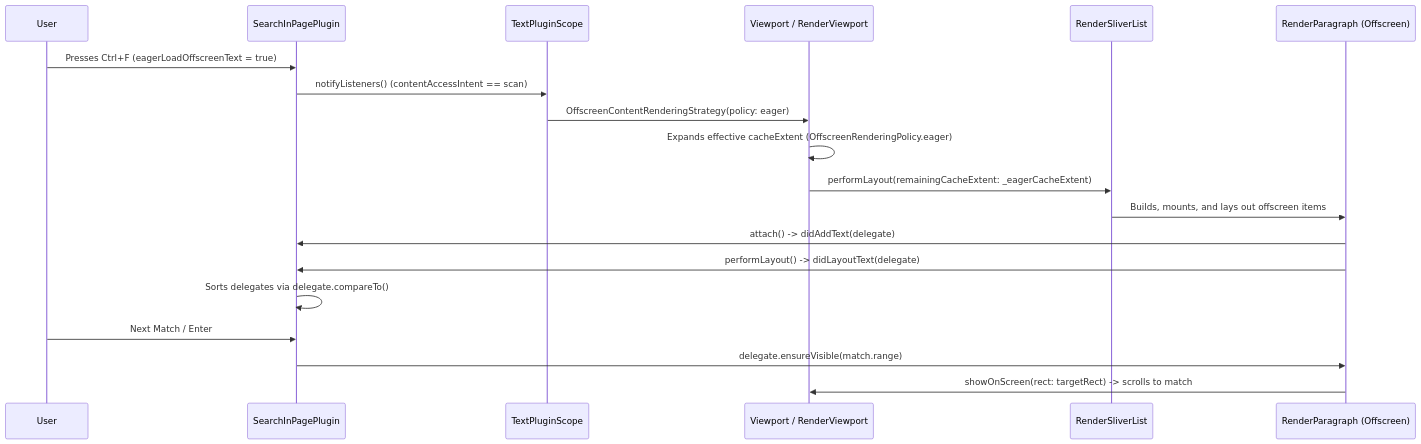
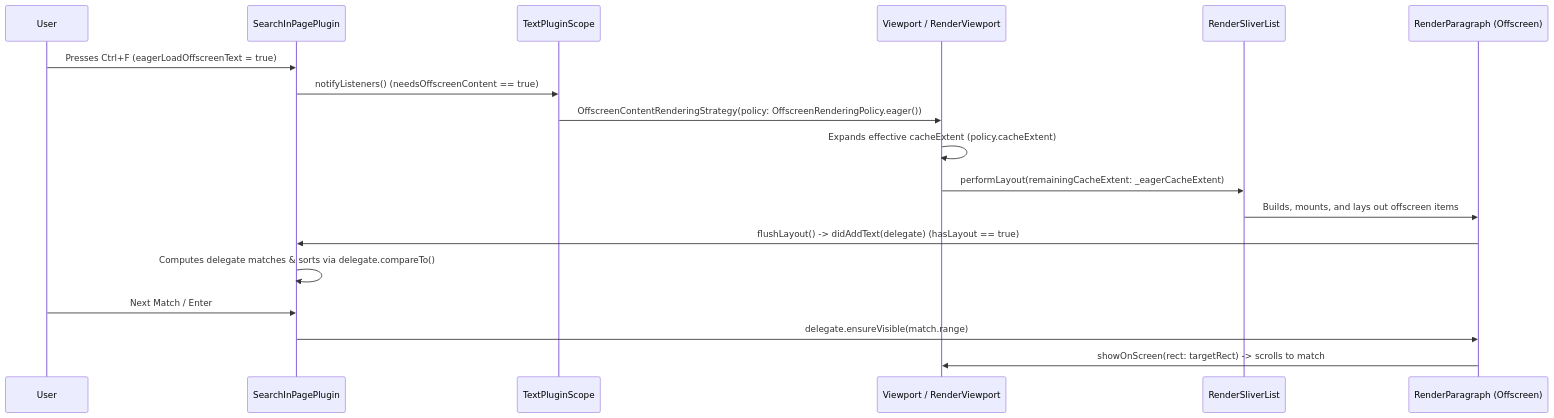
One commit to hannah-hyj/flutter changed the third of 3 diagrams in text_plugins_design_doc.md. Above: the diagram before and after it, drawn with Mermaid. The commit also changed other lines of this file and 9 other files, not shown here.

````diff
--- a/text_plugins_design_doc.md
+++ b/text_plugins_design_doc.md
@@ -526,22 +559,21 @@
 ```mermaid
 sequenceDiagram
     participant User
     participant Plugin as SearchInPagePlugin
     participant Scope as TextPluginScope
     participant VP as Viewport / RenderViewport
     participant Sliver as RenderSliverList
     participant Para as RenderParagraph (Offscreen)
 
     User->>Plugin: Presses Ctrl+F (eagerLoadOffscreenText = true)
-    Plugin->>Scope: notifyListeners() (contentAccessIntent == scan)
-    Scope->>VP: OffscreenContentRenderingStrategy(policy: eager)
-    VP->>VP: Expands effective cacheExtent (OffscreenRenderingPolicy.eager)
+    Plugin->>Scope: notifyListeners() (needsOffscreenContent == true)
+    Scope->>VP: OffscreenContentRenderingStrategy(policy: OffscreenRenderingPolicy.eager())
+    VP->>VP: Expands effective cacheExtent (policy.cacheExtent)
     VP->>Sliver: performLayout(remainingCacheExtent: _eagerCacheExtent)
     Sliver->>Para: Builds, mounts, and lays out offscreen items
-    Para->>Plugin: attach() -> didAddText(delegate)
-    Para->>Plugin: performLayout() -> didLayoutText(delegate)
-    Plugin->>Plugin: Sorts delegates via delegate.compareTo()
+    Para->>Plugin: flushLayout() -> didAddText(delegate) (hasLayout == true)
+    Plugin->>Plugin: Computes delegate matches & sorts via delegate.compareTo()
     User->>Plugin: Next Match / Enter
     Plugin->>Para: delegate.ensureVisible(match.range)
     Para->>VP: showOnScreen(rect: targetRect) -> scrolls to match
 ```
````
